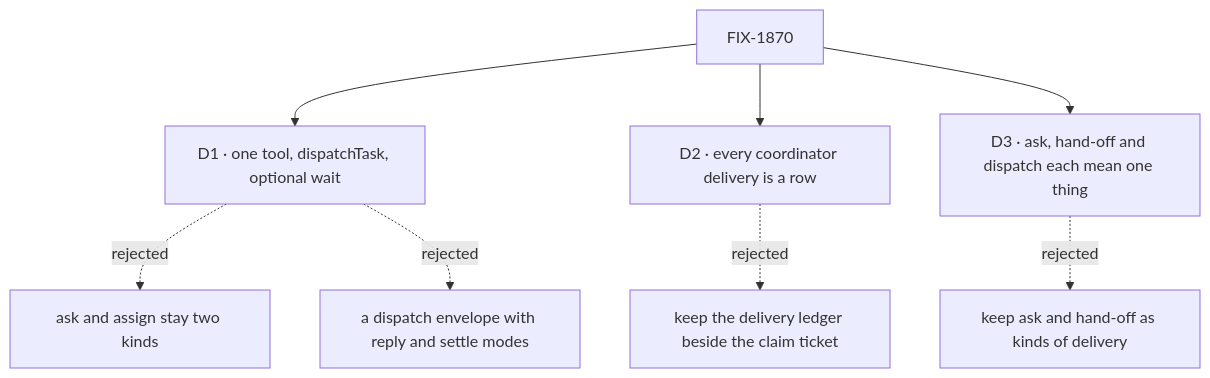
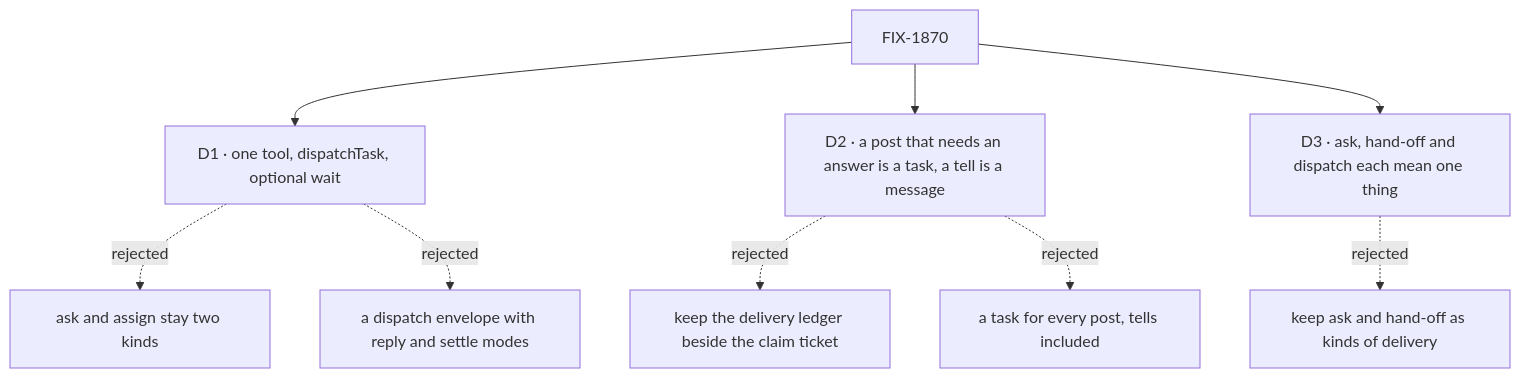
One commit to fixpoint-labs/flow-state-dev changed the diagram in specs/epics/FIX-1870/DECISIONS.md. Above: the diagram before and after it, drawn with Mermaid. The commit also changed other lines of this file and 8 other files, not shown here.

First line of the commit message:
spec(epic): FIX-1870 D2 answered — a post that needs an answer is a task, a tell is a message

````diff
--- a/specs/epics/FIX-1870/DECISIONS.md
+++ b/specs/epics/FIX-1870/DECISIONS.md
@@ -10,10 +11,11 @@
 ```mermaid
 flowchart TD
   E["FIX-1870"] --> D1["D1 · one tool, dispatchTask, optional wait"]
   D1 -.->|"rejected"| X1["ask and assign stay two kinds"]
   D1 -.->|"rejected"| X1b["a dispatch envelope with reply and settle modes"]
-  E --> D2["D2 · every coordinator delivery is a row"]
+  E --> D2["D2 · a post that needs an answer is a task, a tell is a message"]
   D2 -.->|"rejected"| X2["keep the delivery ledger beside the claim ticket"]
+  D2 -.->|"rejected"| X2b["a task for every post, tells included"]
   E --> D3["D3 · ask, hand-off and dispatch each mean one thing"]
   D3 -.->|"rejected"| X3["keep ask and hand-off as kinds of delivery"]
 ```
````
